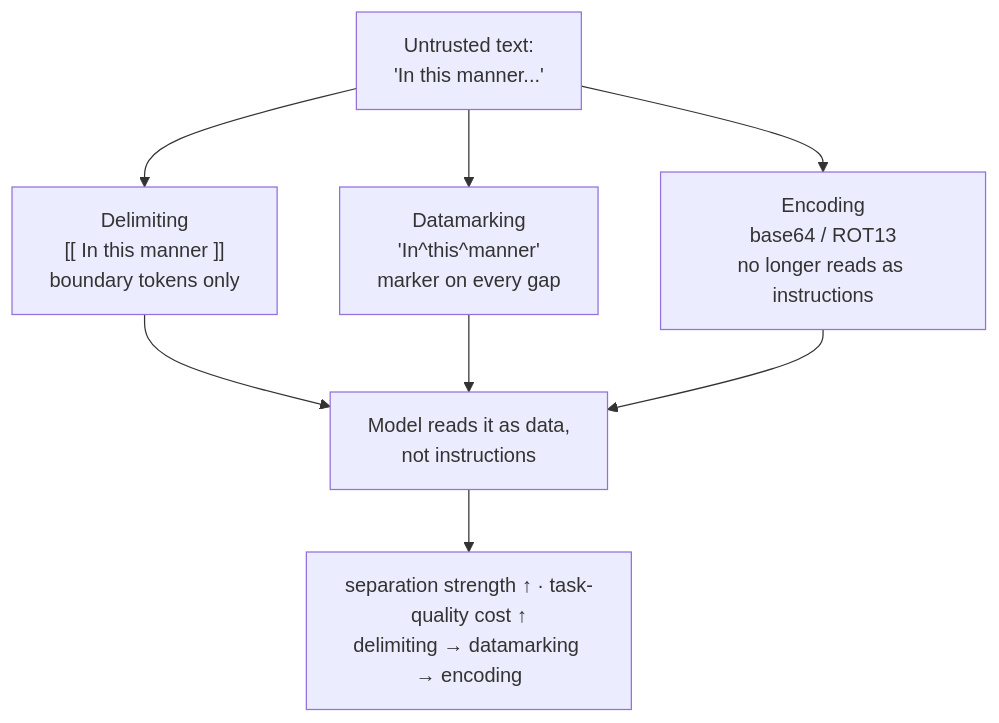
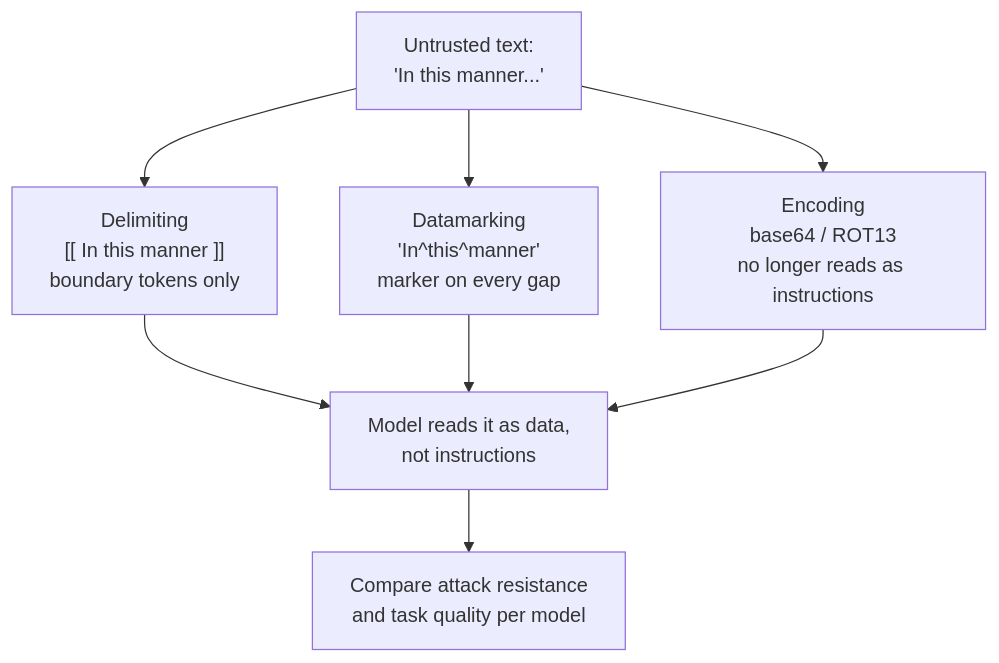
The diagram in docs/part-1-rag/cross-cutting/guardrails/deep-dive.md (NikolaiSachok/ai-engineering-handbook), drawn with Mermaid before and after one commit. The commit also changed other lines of this file and 94 other files, not shown here.

````diff
--- a/docs/part-1-rag/cross-cutting/guardrails/deep-dive.md
+++ b/docs/part-1-rag/cross-cutting/guardrails/deep-dive.md
@@ -25,10 +25,10 @@
 ```mermaid
 flowchart TB
     U["Untrusted text:<br/>'In this manner...'"] --> D["Delimiting<br/>[[ In this manner ]]<br/>boundary tokens only"]
     U --> M["Datamarking<br/>'In^this^manner'<br/>marker on every gap"]
     U --> E["Encoding<br/>base64 / ROT13<br/>no longer reads as instructions"]
     D --> R["Model reads it as data,<br/>not instructions"]
     M --> R
     E --> R
-    R --> L["separation strength ↑ · task-quality cost ↑<br/>delimiting → datamarking → encoding"]
+    R --> L["Compare attack resistance<br/>and task quality per model"]
 ```
````
